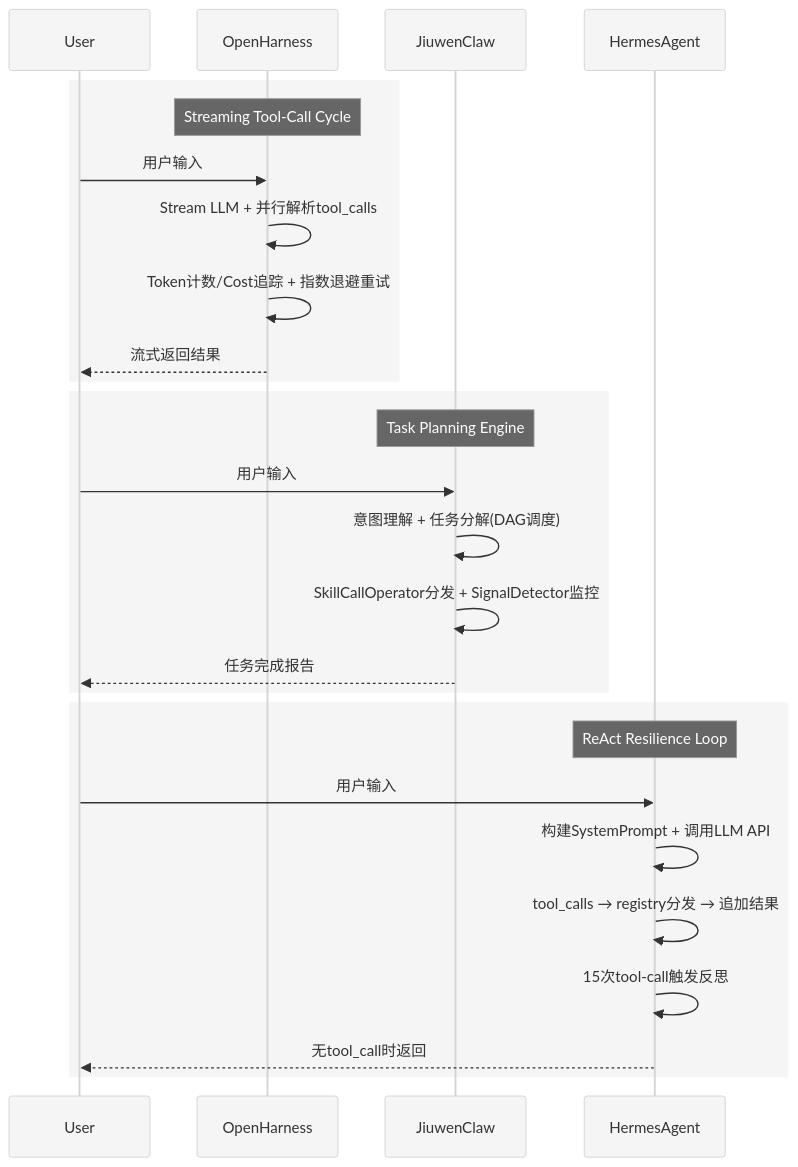
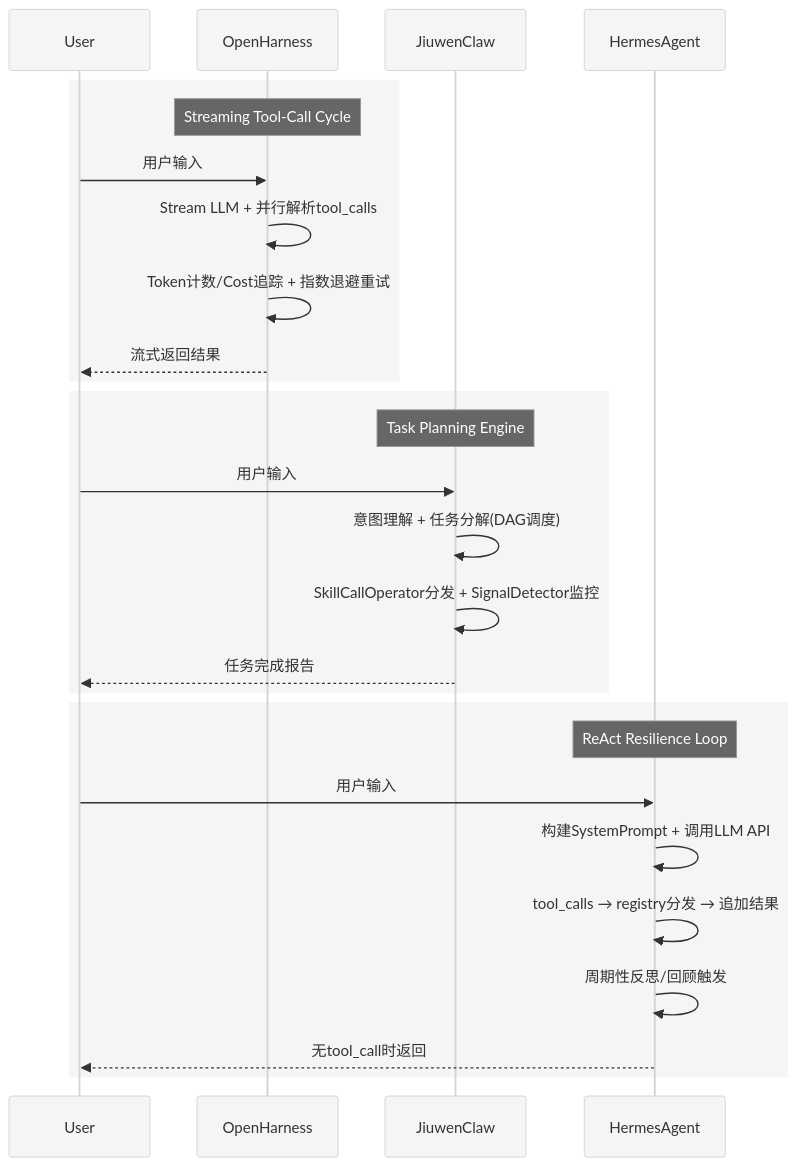
One commit to xiaonancs/hermes-agent-study changed the second of 4 diagrams in part3-comparative-analysis/28-OpenHarness与JiuwenClaw对比.md. Above: the diagram before and after it, drawn with Mermaid. The commit also changed other lines of this file and 16 other files, not shown here.

````diff
--- a/part3-comparative-analysis/28-OpenHarness与JiuwenClaw对比.md
+++ b/part3-comparative-analysis/28-OpenHarness与JiuwenClaw对比.md
@@ -104,33 +104,33 @@
 ```mermaid
 %%{init: {'theme': 'neutral', 'themeVariables': {'background': '#ffffff', 'primaryColor': '#f5f5f5', 'primaryTextColor': '#000000', 'primaryBorderColor': '#333333', 'lineColor': '#444444', 'textColor': '#000000', 'mainBkg': '#f5f5f5', 'nodeBorder': '#333333', 'clusterBkg': '#fafafa', 'clusterBorder': '#888888', 'edgeLabelBackground': '#ffffff'}}}%%
 sequenceDiagram
     participant User as User
     participant OH as OpenHarness
     participant JC as JiuwenClaw
     participant HA as HermesAgent
 
     rect rgb(245, 245, 245)
     Note over OH: Streaming Tool-Call Cycle
     User->>OH: 用户输入
     OH->>OH: Stream LLM + 并行解析tool_calls
     OH->>OH: Token计数/Cost追踪 + 指数退避重试
     OH-->>User: 流式返回结果
     end
 
     rect rgb(245, 245, 245)
     Note over JC: Task Planning Engine
     User->>JC: 用户输入
     JC->>JC: 意图理解 + 任务分解(DAG调度)
     JC->>JC: SkillCallOperator分发 + SignalDetector监控
     JC-->>User: 任务完成报告
     end
 
     rect rgb(245, 245, 245)
     Note over HA: ReAct Resilience Loop
     User->>HA: 用户输入
     HA->>HA: 构建SystemPrompt + 调用LLM API
     HA->>HA: tool_calls → registry分发 → 追加结果
-    HA->>HA: 15次tool-call触发反思
+    HA->>HA: 周期性反思/回顾触发
     HA-->>User: 无tool_call时返回
     end
 ```
````
